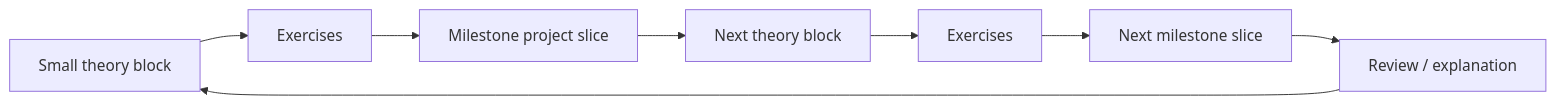
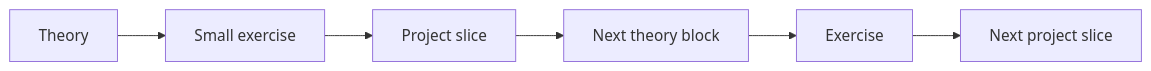
One commit to Ramzes8981/project-based-learning changed the first of 2 diagrams in SYSTEMS_ENGINEERING_ROADMAP.md. Above: the diagram before and after it, drawn with Mermaid. The commit also changed other lines of this file, not shown here.

Commit message:
make roadmap a high-level map and point to canonical course

````diff
--- a/SYSTEMS_ENGINEERING_ROADMAP.md
+++ b/SYSTEMS_ENGINEERING_ROADMAP.md
@@ -17,10 +38,8 @@
 ```mermaid
 flowchart LR
-    T1[Small theory block] --> E1[Exercises]
-    E1 --> P1[Milestone project slice]
-    P1 --> T2[Next theory block]
-    T2 --> E2[Exercises]
-    E2 --> P2[Next milestone slice]
-    P2 --> R[Review / explanation]
-    R --> T1
+    T[Theory] --> E[Small exercise]
+    E --> P[Project slice]
+    P --> N[Next theory block]
+    N --> E2[Exercise]
+    E2 --> P2[Next project slice]
 ```
````
